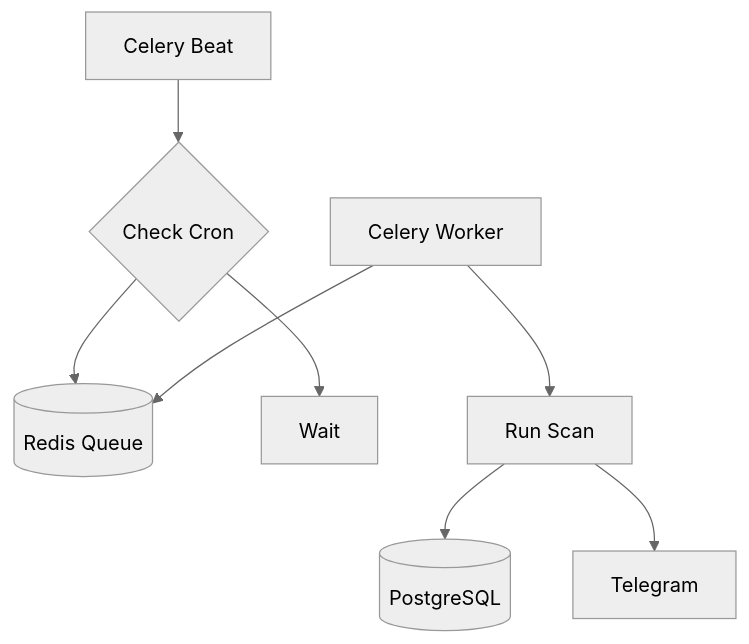
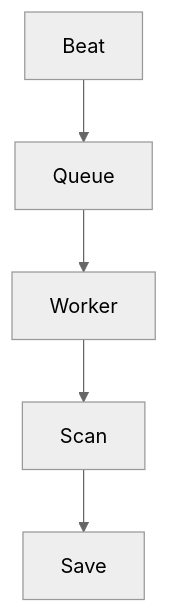
Before and after one commit to Khan-Feroz211/MyCyber-Project: the sixth of 6 diagrams in README.md, drawn with Mermaid (neutral theme). The commit also changed other lines of this file, not shown here.

Commit message:
docs: simplify Data Flow and Scheduled Scan to basic linear diagrams

````diff
--- a/README.md
+++ b/README.md
@@ -201,10 +192,4 @@
 ```mermaid
 graph TD
-    BEAT[Celery Beat] --> CHECK{Check Cron}
-    CHECK --> QUEUE[(Redis Queue)]
-    CHECK --> WAIT[Wait]
-    WORKER[Celery Worker] --> QUEUE
-    WORKER --> SCAN[Run Scan]
-    SCAN --> DB[(PostgreSQL)]
-    SCAN --> TEL[Telegram]
+    Beat --> Queue --> Worker --> Scan --> Save
 ```
````
